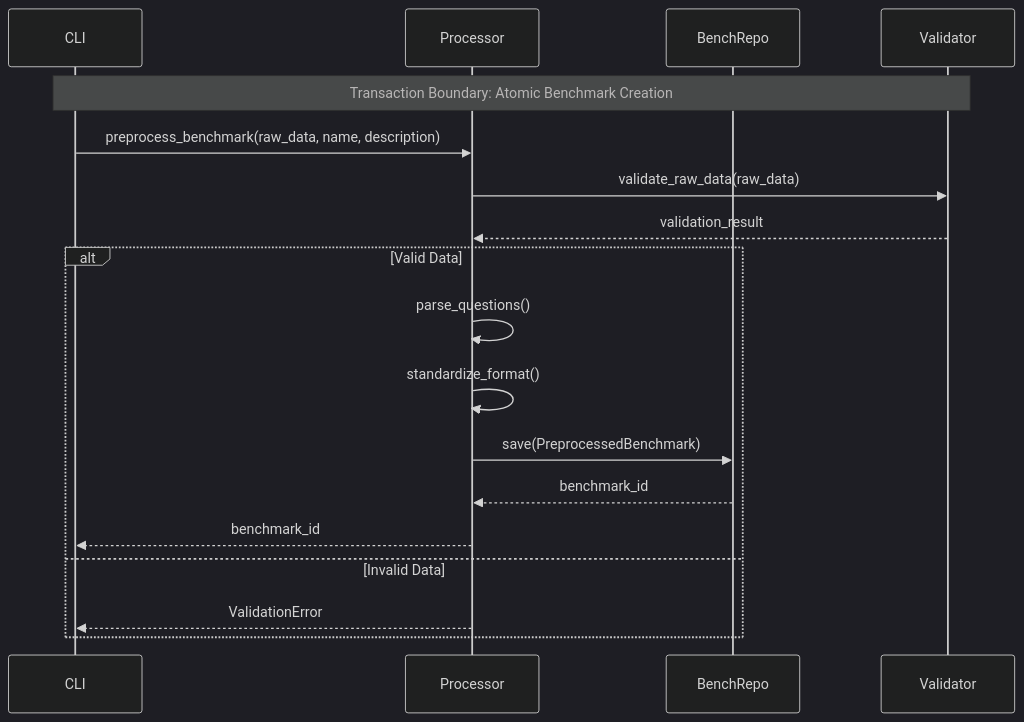
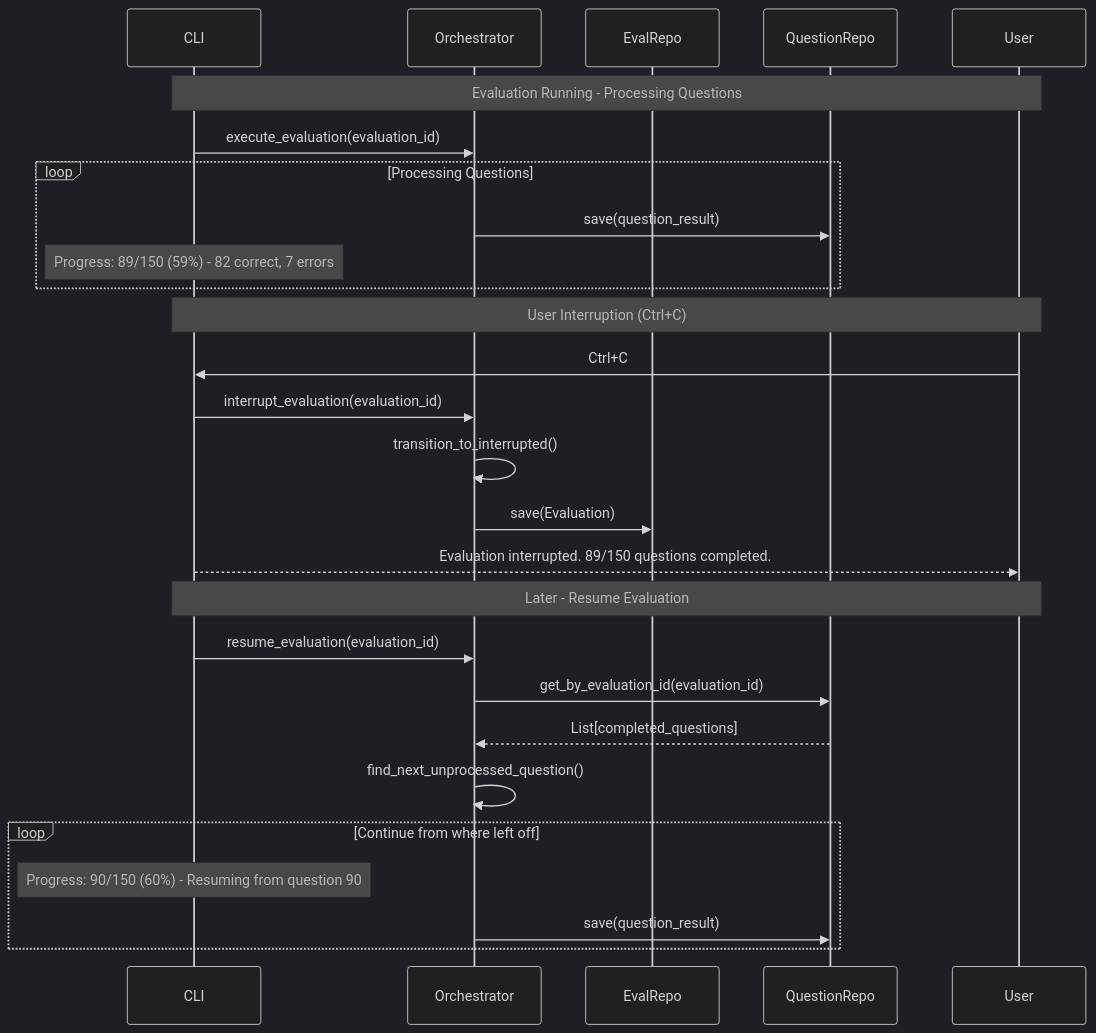
Before and after one commit to thompsonson/c4ai-ml-agents-v2: the fourth of 7 diagrams in documentation/v2-application-services-architecture.md, drawn with Mermaid (dark theme). The commit also changed other lines of this file and 3 other files, not shown here.

````diff
--- a/documentation/v2-application-services-architecture.md
+++ b/documentation/v2-application-services-architecture.md
@@ -305,22 +363,34 @@
 ```mermaid
 sequenceDiagram
     participant CLI
-    participant Processor
-    participant BenchRepo
-    participant Validator
+    participant Orchestrator
+    participant EvalRepo
+    participant QuestionRepo
+    participant User
 
-    Note over CLI, Validator: Transaction Boundary: Atomic Benchmark Creation
-    CLI->>Processor: preprocess_benchmark(raw_data, name, description)
-    Processor->>Validator: validate_raw_data(raw_data)
-    Validator-->>Processor: validation_result
+    Note over CLI, User: Evaluation Running - Processing Questions
+    CLI->>Orchestrator: execute_evaluation(evaluation_id)
 
-    alt Valid Data
-        Processor->>Processor: parse_questions()
-        Processor->>Processor: standardize_format()
-        Processor->>BenchRepo: save(PreprocessedBenchmark)
-        BenchRepo-->>Processor: benchmark_id
-        Processor-->>CLI: benchmark_id
-    else Invalid Data
-        Processor-->>CLI: ValidationError
+    loop Processing Questions
+        Orchestrator->>QuestionRepo: save(question_result)
+        Note over CLI: Progress: 89/150 (59%) - 82 correct, 7 errors
+    end
+
+    Note over CLI, User: User Interruption (Ctrl+C)
+    User->>CLI: Ctrl+C
+    CLI->>Orchestrator: interrupt_evaluation(evaluation_id)
+    Orchestrator->>Orchestrator: transition_to_interrupted()
+    Orchestrator->>EvalRepo: save(Evaluation)
+    CLI-->>User: Evaluation interrupted. 89/150 questions completed.
+
+    Note over CLI, User: Later - Resume Evaluation
+    CLI->>Orchestrator: resume_evaluation(evaluation_id)
+    Orchestrator->>QuestionRepo: get_by_evaluation_id(evaluation_id)
+    QuestionRepo-->>Orchestrator: List[completed_questions]
+    Orchestrator->>Orchestrator: find_next_unprocessed_question()
+
+    loop Continue from where left off
+        Note over CLI: Progress: 90/150 (60%) - Resuming from question 90
+        Orchestrator->>QuestionRepo: save(question_result)
     end
 ```
````
